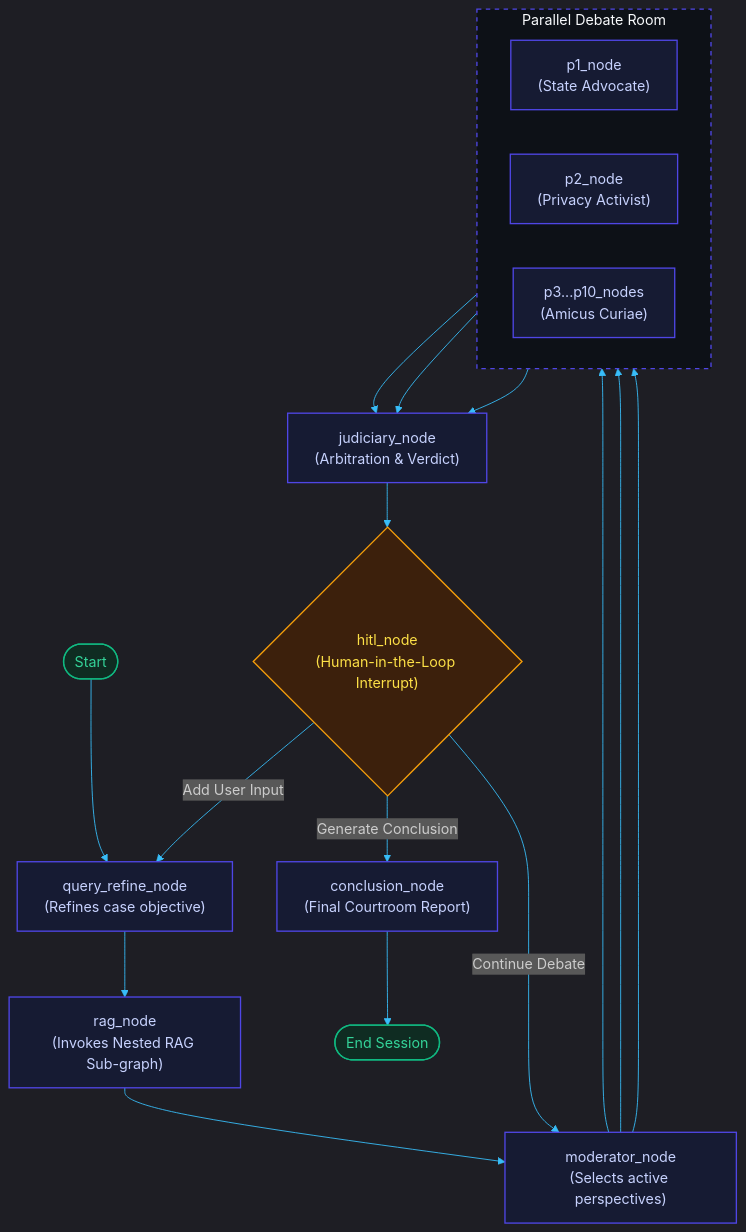
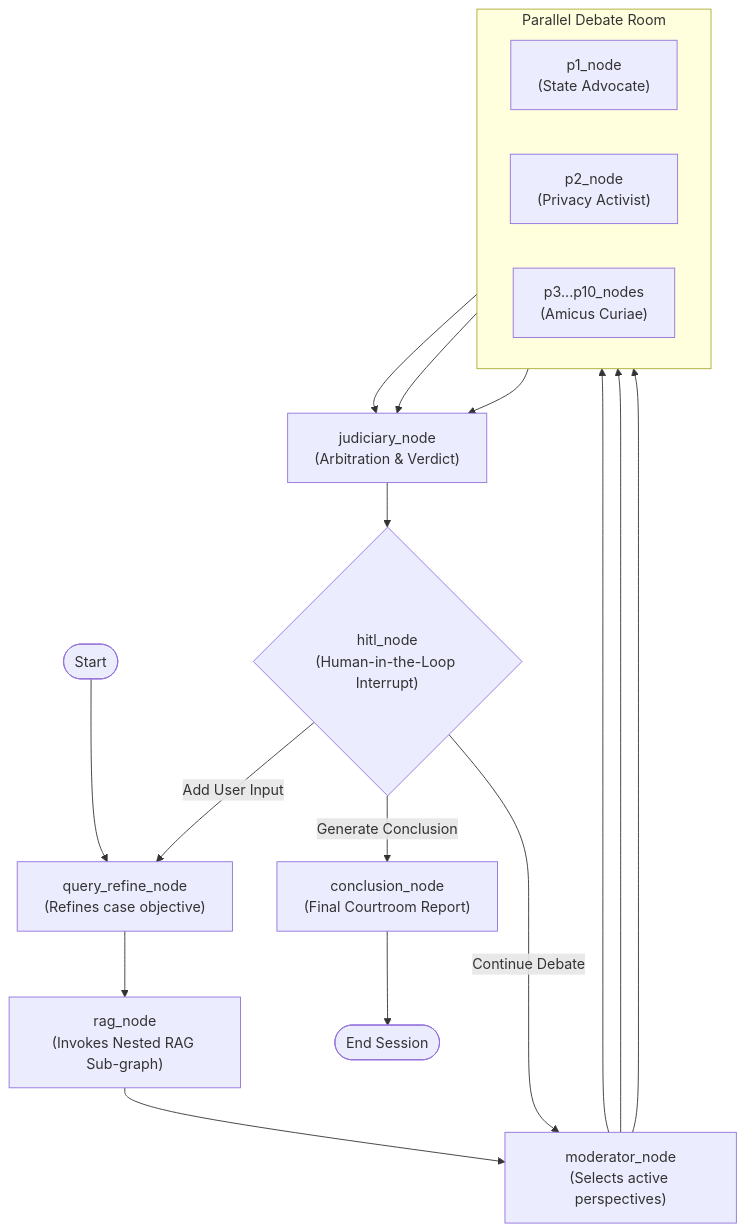
One commit to Somay-kousis/RabbitHole changed the first of 4 diagrams in README.md. Above: the diagram before and after it, drawn with Mermaid. The commit also changed other lines of this file, not shown here.

Commit message:
README: plain Mermaid diagrams, stack badges

````diff
--- a/README.md
+++ b/README.md
@@ -51,59 +52,38 @@
 ```mermaid
-%%{init: {
-  'theme': 'dark',
-  'themeVariables': {
-    'background': '#0b0f19',
-    'primaryColor': '#1e293b',
-    'primaryTextColor': '#f8fafc',
-    'lineColor': '#38bdf8',
-    'nodeBorder': '#334155',
-    'tertiaryColor': '#0f172a'
-  }
-}}%%
 flowchart TD
     C_Start([Start])
     QueryRefine["query_refine_node<br/>(Refines case objective)"]
     RAGNode["rag_node<br/>(Invokes Nested RAG Sub-graph)"]
     Moderator["moderator_node<br/>(Selects active perspectives)"]
     
     subgraph Debate ["Parallel Debate Room"]
         direction LR
         P1["p1_node<br/>(State Advocate)"]
         P2["p2_node<br/>(Privacy Activist)"]
         Pn["p3...p10_nodes<br/>(Amicus Curiae)"]
     end
     
     Judiciary["judiciary_node<br/>(Arbitration & Verdict)"]
     HITL{"hitl_node<br/>(Human-in-the-Loop Interrupt)"}
     Conclusion["conclusion_node<br/>(Final Courtroom Report)"]
     C_End([End Session])
     
     C_Start --> QueryRefine
     QueryRefine --> RAGNode
     RAGNode --> Moderator
     
     Moderator --> P1
     Moderator --> P2
     Moderator --> Pn
     
     P1 --> Judiciary
     P2 --> Judiciary
     Pn --> Judiciary
     
     Judiciary --> HITL
     
     HITL -->|Continue Debate| Moderator
     HITL -->|Add User Input| QueryRefine
     HITL -->|Generate Conclusion| Conclusion
     Conclusion --> C_End
-
-    style Debate fill:#0d1117,stroke:#4f46e5,stroke-dasharray: 5 5,stroke-width:1.5px,color:#f8fafc;
-
-    classDef startEnd fill:#0f2c22,stroke:#10b981,stroke-width:1.5px,color:#34d399;
-    classDef outerNode fill:#161b33,stroke:#4f46e5,stroke-width:1.5px,color:#c7d2fe;
-    classDef decision fill:#3c200c,stroke:#f59e0b,stroke-width:1.5px,color:#fde047;
-
-    class C_Start,C_End startEnd;
-    class QueryRefine,RAGNode,Moderator,P1,P2,Pn,Judiciary,Conclusion outerNode;
-    class HITL decision;
 ```
````
